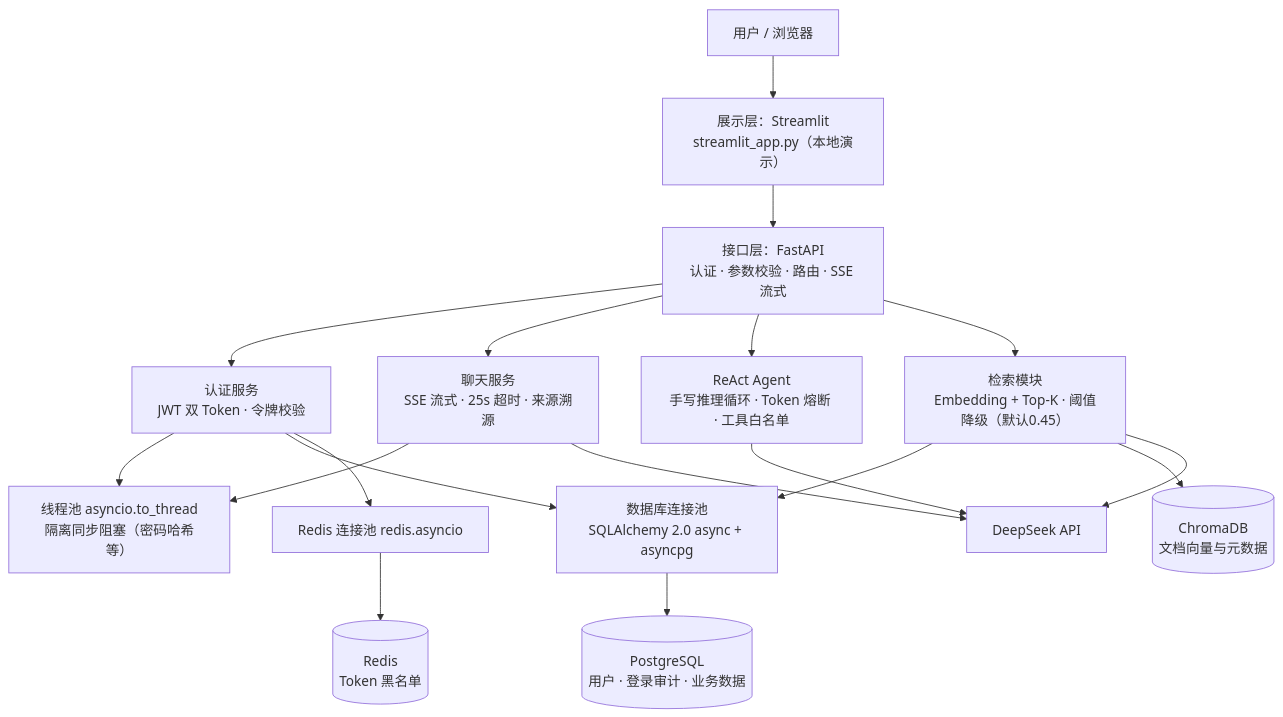
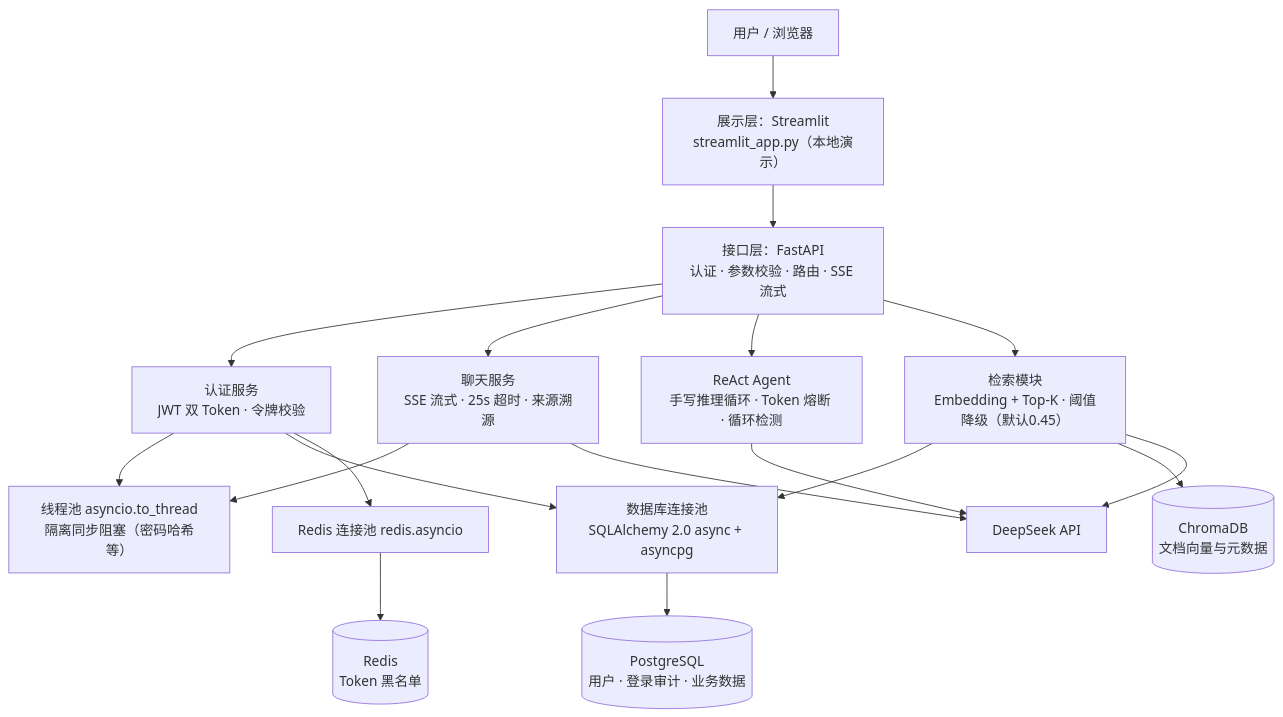
The diagram in README.md (yangjian7zhong/FastAPI-AI-Backend), drawn with Mermaid before and after one commit. The commit also changed other lines of this file, not shown here.

````diff
--- a/README.md
+++ b/README.md
@@ -20,34 +20,34 @@
 ```mermaid
 flowchart TB
     U[用户 / 浏览器]
     ST[展示层：Streamlit<br/>streamlit_app.py（本地演示）]
     API[接口层：FastAPI<br/>认证 · 参数校验 · 路由 · SSE 流式]
     AUTH[认证服务<br/>JWT 双 Token · 令牌校验]
     CHAT[聊天服务<br/>SSE 流式 · 25s 超时 · 来源溯源]
-    AGENT[ReAct Agent<br/>手写推理循环 · Token 熔断 · 工具白名单]
+    AGENT[ReAct Agent<br/>手写推理循环 · Token 熔断 · 循环检测]
     RAG[检索模块<br/>Embedding + Top-K · 阈值降级（默认0.45）]
     THREAD[线程池 asyncio.to_thread<br/>隔离同步阻塞（密码哈希等）]
     DBPOOL[数据库连接池<br/>SQLAlchemy 2.0 async + asyncpg]
     RPOOL[Redis 连接池 redis.asyncio]
     PG[(PostgreSQL<br/>用户 · 登录审计 · 业务数据)]
     RD[(Redis<br/>Token 黑名单)]
     CH[(ChromaDB<br/>文档向量与元数据)]
     LLM[DeepSeek API]
     U --> ST
     ST --> API
     API --> AUTH
     API --> CHAT
     API --> AGENT
     API --> RAG
     CHAT --> THREAD
     AUTH --> THREAD
     RAG --> DBPOOL
     AUTH --> DBPOOL
     AUTH --> RPOOL
     DBPOOL --> PG
     RPOOL --> RD
     CHAT --> LLM
     AGENT --> LLM
     RAG --> CH
     RAG --> LLM
 ```
````
